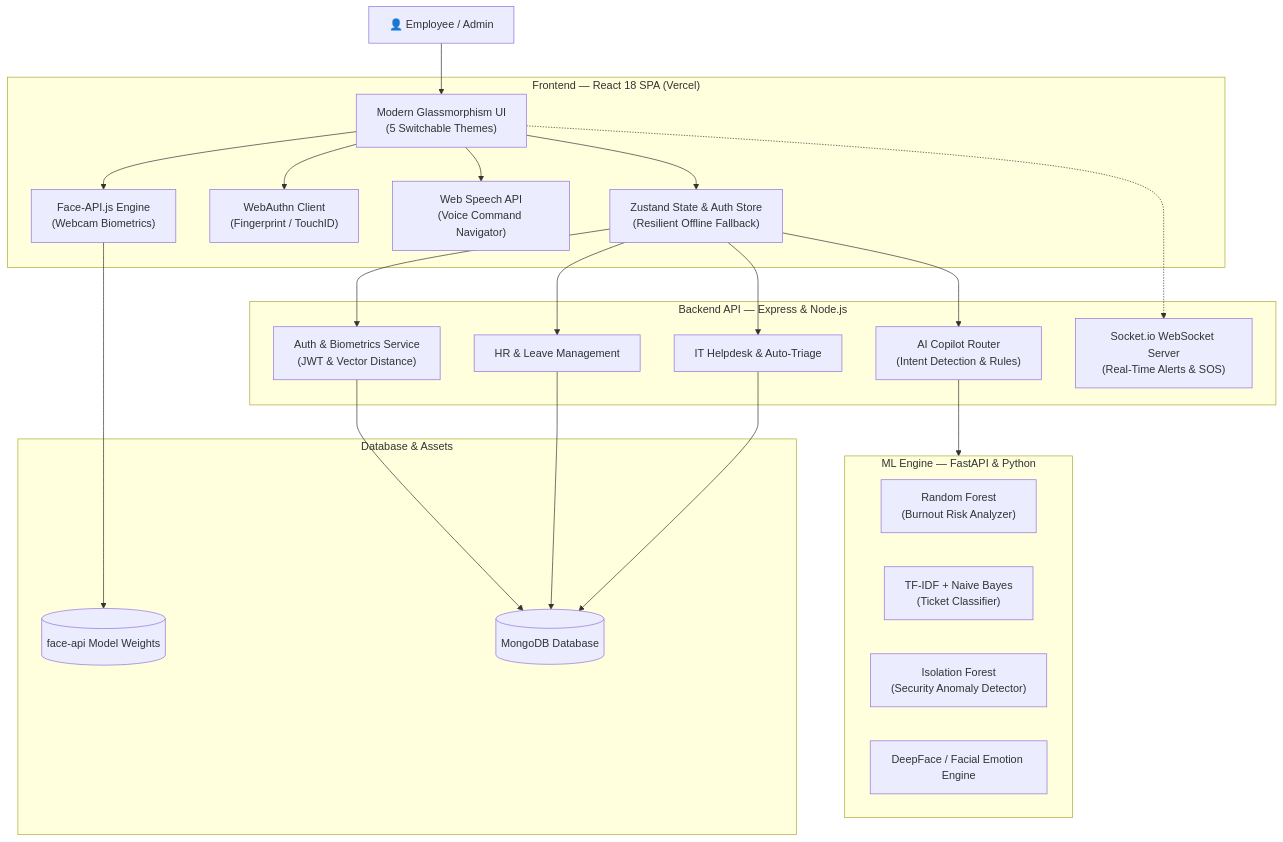
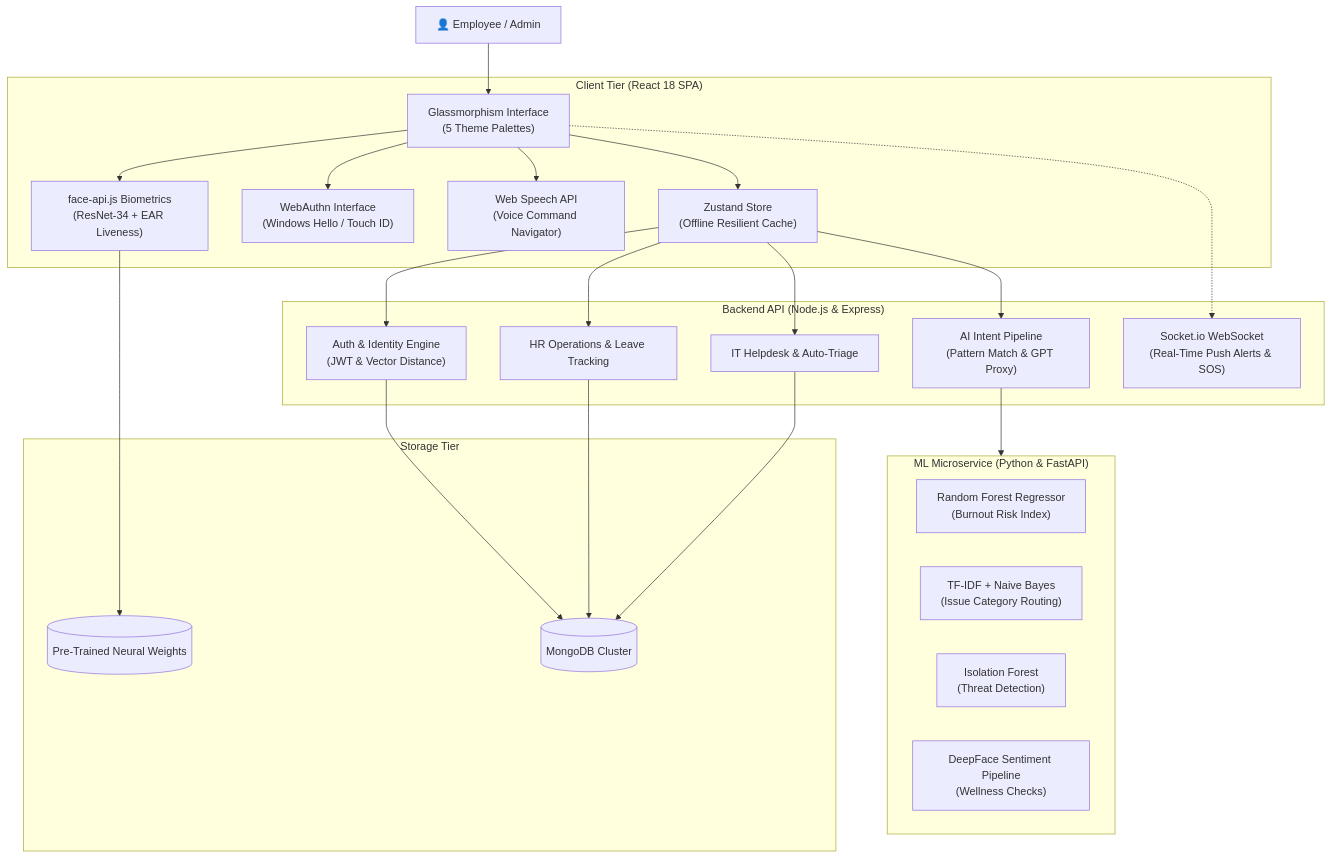
One commit to lithik-raj/Unified_employee_service_application changed the diagram in README.md. Above: the diagram before and after it, drawn with Mermaid. The commit also changed other lines of this file and 2 other files, not shown here.

Commit message:
docs: upgrade README with ChatGPT-grade documentation and Vercel links

````diff
--- a/README.md
+++ b/README.md
@@ -93,48 +116,48 @@
 ```mermaid
 flowchart TD
     User["👤 Employee / Admin"]
-    
-    subgraph Frontend["Frontend — React 18 SPA (Vercel)"]
-        UI["Modern Glassmorphism UI\n(5 Switchable Themes)"]
-        FaceEngine["Face-API.js Engine\n(Webcam Biometrics)"]
-        WebAuthn["WebAuthn Client\n(Fingerprint / TouchID)"]
-        VoiceNav["Web Speech API\n(Voice Command Navigator)"]
-        Store["Zustand State & Auth Store\n(Resilient Offline Fallback)"]
+
+    subgraph Presentation["Client Tier (React 18 SPA)"]
+      UI["Glassmorphism Interface\n(5 Theme Palettes)"]
+      FaceMod["face-api.js Biometrics\n(ResNet-34 + EAR Liveness)"]
+      WebAuthnMod["WebAuthn Interface\n(Windows Hello / Touch ID)"]
+      VoiceMod["Web Speech API\n(Voice Command Navigator)"]
+      StateMod["Zustand Store\n(Offline Resilient Cache)"]
     end
 
-    subgraph Backend["Backend API — Express & Node.js"]
-        AuthRouter["Auth & Biometrics Service\n(JWT & Vector Distance)"]
-        HRRouter["HR & Leave Management"]
-        TicketRouter["IT Helpdesk & Auto-Triage"]
-        AICopilotRouter["AI Copilot Router\n(Intent Detection & Rules)"]
-        SocketServer["Socket.io WebSocket Server\n(Real-Time Alerts & SOS)"]
+    subgraph ServiceTier["Backend API (Node.js & Express)"]
+      AuthServ["Auth & Identity Engine\n(JWT & Vector Distance)"]
+      HRServ["HR Operations & Leave Tracking"]
+      TicketServ["IT Helpdesk & Auto-Triage"]
+      AICopilotServ["AI Intent Pipeline\n(Pattern Match & GPT Proxy)"]
+      SocketServ["Socket.io WebSocket\n(Real-Time Push Alerts & SOS)"]
     end
 
-    subgraph MLService["ML Engine — FastAPI & Python"]
-        BurnoutModel["Random Forest\n(Burnout Risk Analyzer)"]
-        TicketClassifier["TF-IDF + Naive Bayes\n(Ticket Classifier)"]
-        AnomalyDetector["Isolation Forest\n(Security Anomaly Detector)"]
-        EmotionAI["DeepFace / Facial Emotion Engine"]
+    subgraph MLTier["ML Microservice (Python & FastAPI)"]
+      BurnoutML["Random Forest Regressor\n(Burnout Risk Index)"]
+      TicketML["TF-IDF + Naive Bayes\n(Issue Category Routing)"]
+      AnomalyML["Isolation Forest\n(Threat Detection)"]
+      EmotionML["DeepFace Sentiment Pipeline\n(Wellness Checks)"]
     end
 
-    subgraph Storage["Database & Assets"]
-        Mongo[("MongoDB Database")]
-        FaceWeights[("face-api Model Weights")]
+    subgraph Persistence["Storage Tier"]
+      Database[("MongoDB Cluster")]
+      WeightAssets[("Pre-Trained Neural Weights")]
     end
 
     User --> UI
-    UI --> FaceEngine
-    UI --> WebAuthn
-    UI --> VoiceNav
-    UI --> Store
-    Store --> AuthRouter
-    Store --> HRRouter
-    Store --> TicketRouter
-    Store --> AICopilotRouter
-    UI -.-> SocketServer
-    AuthRouter --> Mongo
-    HRRouter --> Mongo
-    TicketRouter --> Mongo
-    AICopilotRouter --> MLService
-    FaceEngine --> FaceWeights
+    UI --> FaceMod
+    UI --> WebAuthnMod
+    UI --> VoiceMod
+    UI --> StateMod
+    StateMod --> AuthServ
+    StateMod --> HRServ
+    StateMod --> TicketServ
+    StateMod --> AICopilotServ
+    UI -.-> SocketServ
+    AuthServ --> Database
+    HRServ --> Database
+    TicketServ --> Database
+    AICopilotServ --> MLTier
+    FaceMod --> WeightAssets
 ```
````
